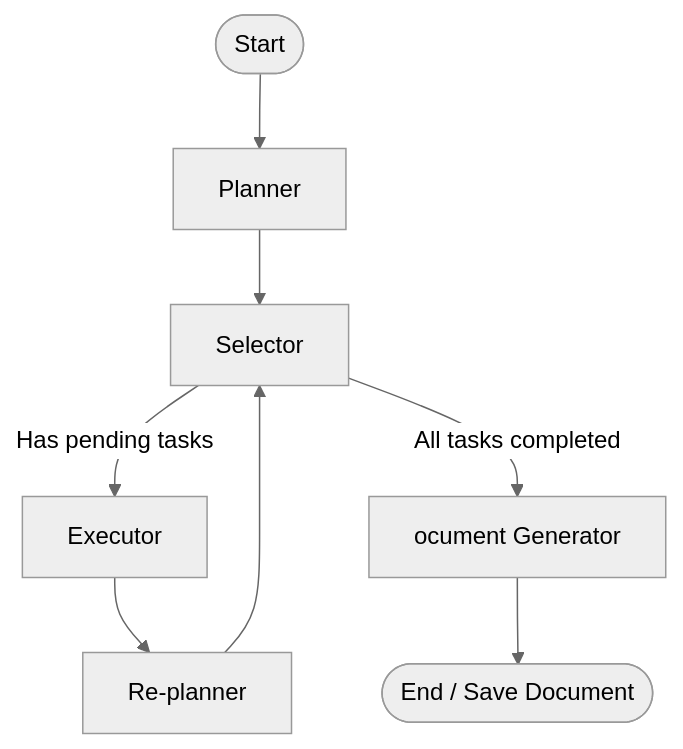
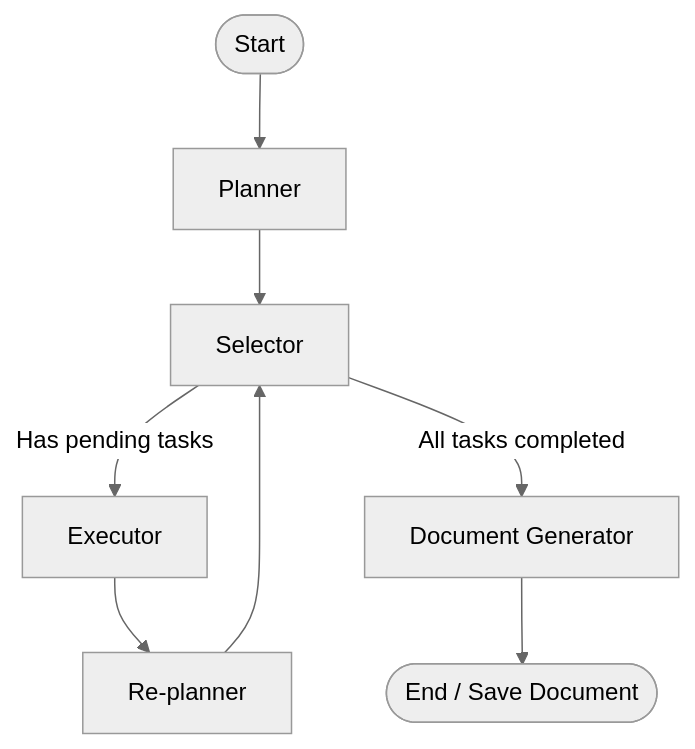
The diagram in README.md (Jerry-britto/autonomous_doc_agentic_system), drawn with Mermaid (neutral theme) before and after one commit. The commit also changed 1 other file, not shown here.

Commit message:
fix: correct spelling in README and enhance task guidelines for drafting sections

````diff
--- a/README.md
+++ b/README.md
@@ -24,12 +24,12 @@
 ```mermaid
 graph TD
     START([Start]) --> Planner[Planner]
     Planner --> Selector[Selector]
     
     Selector -->|Has pending tasks| Executor[Executor]
     Executor --> Replanner[Re-planner]
     Replanner --> Selector
     
-    Selector -->|All tasks completed| Generator[ocument Generator]
+    Selector -->|All tasks completed| Generator[Document Generator]
     Generator --> END([End / Save Document])
 ```
````
